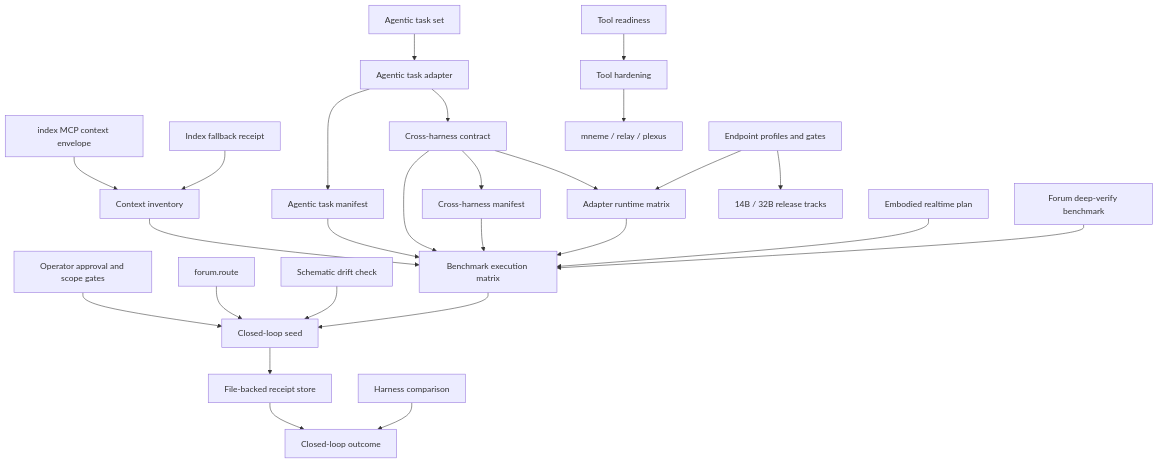
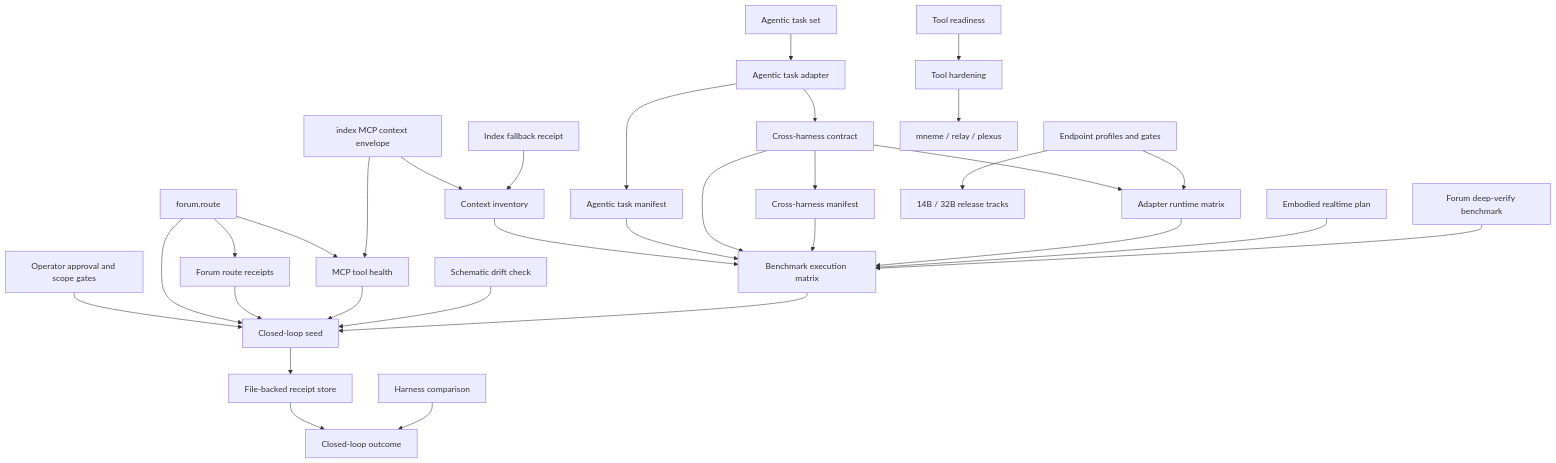
The diagram in project-docs/records/CLOSED-LOOP-INTEGRATION-SCHEMATIC-2026-07-09.md (HarperZ9/flywheel), drawn with Mermaid before and after one commit. The commit also changed other lines of this file and 23 other files, not shown here.

Commit message:
Expand closed-loop tool receipts

````diff
--- a/project-docs/records/CLOSED-LOOP-INTEGRATION-SCHEMATIC-2026-07-09.md
+++ b/project-docs/records/CLOSED-LOOP-INTEGRATION-SCHEMATIC-2026-07-09.md
@@ -17,53 +17,60 @@
 ```mermaid
 flowchart TD
     operator["Operator approval and scope gates"]
     forum["forum.route"]
+    forumReceipts["Forum route receipts"]
+    mcpHealth["MCP tool health"]
     index["index MCP context envelope"]
     indexFallback["Index fallback receipt"]
     inventory["Context inventory"]
     readiness["Tool readiness"]
     hardening["Tool hardening"]
     taskset["Agentic task set"]
     adapter["Agentic task adapter"]
     manifest["Agentic task manifest"]
     cross["Cross-harness contract"]
     crossManifest["Cross-harness manifest"]
     runtime["Adapter runtime matrix"]
     embodied["Embodied realtime plan"]
     drift["Schematic drift check"]
     matrix["Benchmark execution matrix"]
     seed["Closed-loop seed"]
     store["File-backed receipt store"]
     compare["Harness comparison"]
     outcome["Closed-loop outcome"]
     endpoints["Endpoint profiles and gates"]
     models["14B / 32B release tracks"]
     tools["mneme / relay / plexus"]
     forumBench["Forum deep-verify benchmark"]
 
     operator --> seed
     forum --> seed
+    forum --> forumReceipts
+    forumReceipts --> seed
+    forum --> mcpHealth
+    index --> mcpHealth
+    mcpHealth --> seed
     index --> inventory
     indexFallback --> inventory
     inventory --> matrix
     readiness --> hardening
     hardening --> tools
     taskset --> adapter
     adapter --> manifest
     manifest --> matrix
     adapter --> cross
     cross --> matrix
     cross --> crossManifest
     crossManifest --> matrix
     cross --> runtime
     endpoints --> runtime
     runtime --> matrix
     embodied --> matrix
     drift --> seed
     matrix --> seed
     seed --> store
     store --> outcome
     compare --> outcome
     endpoints --> models
     forumBench --> matrix
 ```
````
